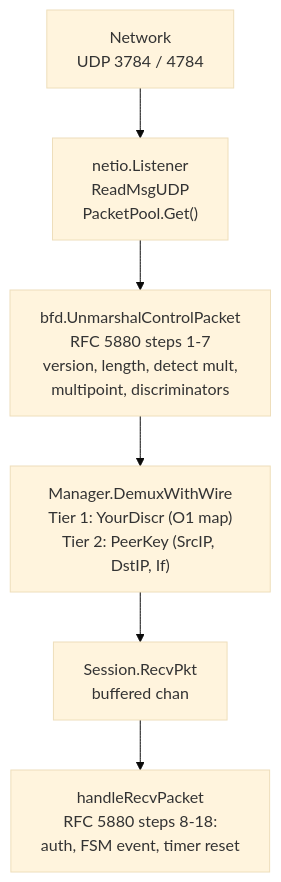
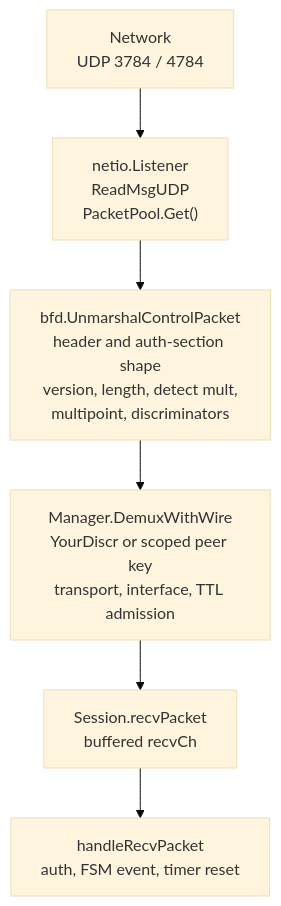
Before and after one commit to dantte-lp/gobfd: the third of 6 diagrams in docs/en/01-architecture.md, drawn with Mermaid (base theme). The commit also changed other lines of this file and 53 other files, not shown here.

````diff
--- a/docs/en/01-architecture.md
+++ b/docs/en/01-architecture.md
@@ -123,8 +123,8 @@
 ```mermaid
 flowchart TD
     NET["Network<br/>UDP 3784 / 4784"] --> LISTEN["netio.Listener<br/>ReadMsgUDP<br/>PacketPool.Get()"]
-    LISTEN --> UNMARSHAL["bfd.UnmarshalControlPacket<br/>RFC 5880 steps 1-7<br/>version, length, detect mult,<br/>multipoint, discriminators"]
-    UNMARSHAL --> DEMUX["Manager.DemuxWithWire<br/>Tier 1: YourDiscr (O1 map)<br/>Tier 2: PeerKey (SrcIP, DstIP, If)"]
-    DEMUX --> RECV["Session.RecvPkt<br/>buffered chan"]
-    RECV --> HANDLE["handleRecvPacket<br/>RFC 5880 steps 8-18:<br/>auth, FSM event, timer reset"]
+    LISTEN --> UNMARSHAL["bfd.UnmarshalControlPacket<br/>header and auth-section shape<br/>version, length, detect mult,<br/>multipoint, discriminators"]
+    UNMARSHAL --> DEMUX["Manager.DemuxWithWire<br/>YourDiscr or scoped peer key<br/>transport, interface, TTL admission"]
+    DEMUX --> RECV["Session.recvPacket<br/>buffered recvCh"]
+    RECV --> HANDLE["handleRecvPacket<br/>auth, FSM event, timer reset"]
 ```
````
